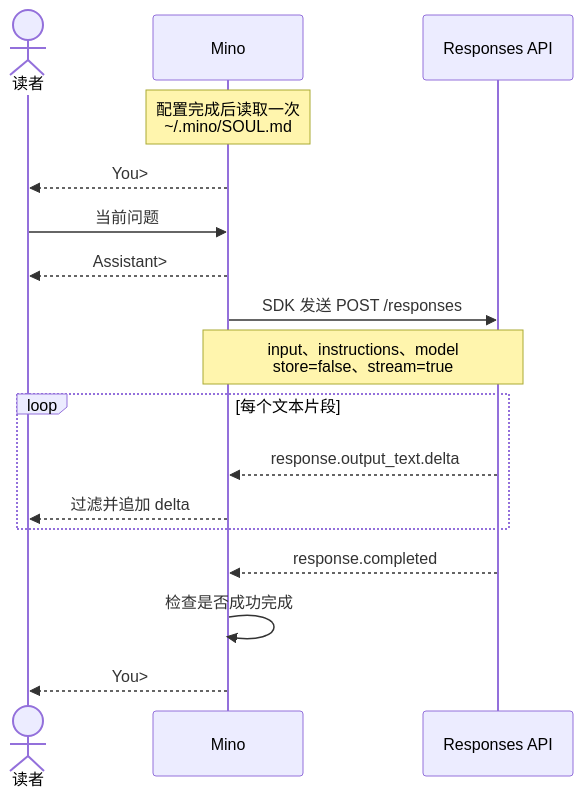
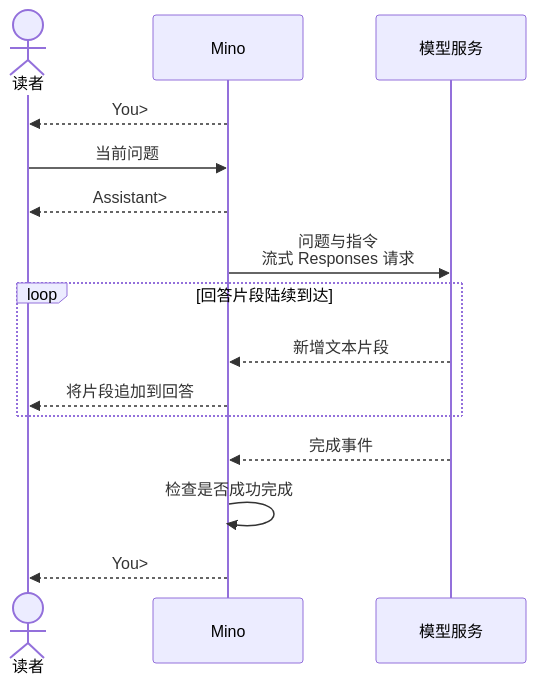
One commit to qshine/mino changed the diagram in docs/books/zh/chapters/01-terminal-chat.md. Above: the diagram before and after it, drawn with Mermaid. The commit also changed other lines of this file and 5 other files, not shown here.

Commit message:
docs: focus tutorial on interaction flow

````diff
--- a/docs/books/zh/chapters/01-terminal-chat.md
+++ b/docs/books/zh/chapters/01-terminal-chat.md
@@ -36,21 +56,19 @@
 ```mermaid
 sequenceDiagram
-    accTitle: 一条问题经过 Mino 的路径
-    accDescr: Mino 读取一次用户身份，以流式模式发送当前问题，收到文本增量后立即显示。程序检查完成事件后才再次提示输入。
+    accTitle: 从一次提问到下一个输入提示
+    accDescr: 读者提交问题，Mino 将问题与已加载的指令一起发送，逐步显示收到的回答片段，检查完成事件后再提示输入下一个问题。
     actor User as 读者
     participant Mino as Mino
-    participant API as Responses API
-    Note over Mino: 配置完成后读取一次<br/>~/.mino/SOUL.md
+    participant API as 模型服务
     Mino-->>User: You>
     User->>Mino: 当前问题
     Mino-->>User: Assistant>
-    Mino->>API: SDK 发送 POST /responses
-    Note over Mino,API: input、instructions、model<br/>store=false、stream=true
-    loop 每个文本片段
-        API-->>Mino: response.output_text.delta
-        Mino-->>User: 过滤并追加 delta
+    Mino->>API: 问题与指令<br/>流式 Responses 请求
+    loop 回答片段陆续到达
+        API-->>Mino: 新增文本片段
+        Mino-->>User: 将片段追加到回答
     end
-    API-->>Mino: response.completed
+    API-->>Mino: 完成事件
     Mino->>Mino: 检查是否成功完成
     Mino-->>User: You>
 ```
````
